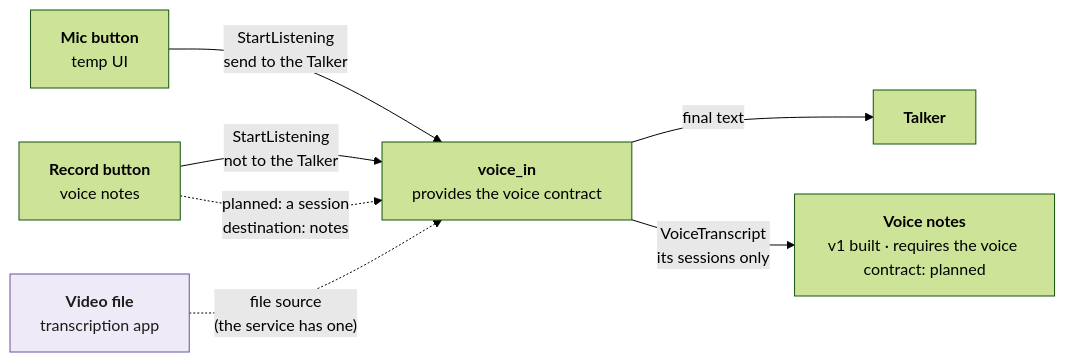
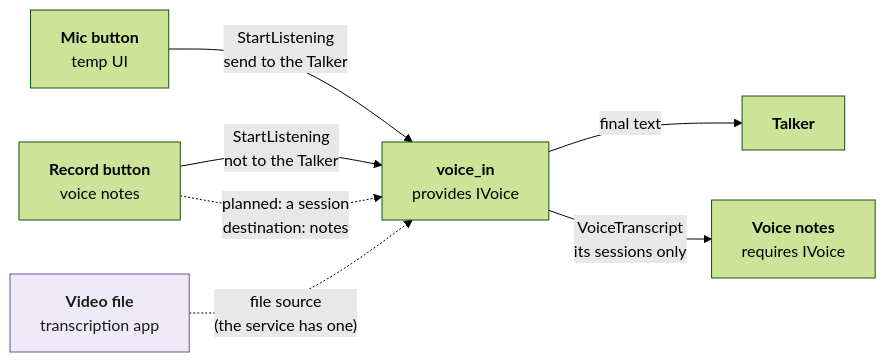
Before and after one commit to sharramon/AI_Assistant: the second of 2 diagrams in docs/architecture/modules.md, drawn with Mermaid (forest theme). The commit also changed other lines of this file and 31 other files, not shown here.

Commit message:
Module system, chunk 6: the voice contract IVoice (voice_in provides, voice_notes requires)

````diff
--- a/docs/architecture/modules.md
+++ b/docs/architecture/modules.md
@@ -116,19 +116,19 @@
 ```mermaid
 flowchart LR
     Btn["<b>Mic button</b><br/>temp UI"]
     Rec["<b>Record button</b><br/>voice notes"]
     Video["<b>Video file</b><br/>transcription app"]
-    Voice["<b>voice_in</b><br/>provides the voice contract"]
+    Voice["<b>voice_in</b><br/>provides IVoice"]
     Talker["<b>Talker</b>"]
-    Notes["<b>Voice notes</b><br/>v1 built · requires the voice contract: planned"]
+    Notes["<b>Voice notes</b><br/>requires IVoice"]
 
     Btn -- "StartListening<br/>send to the Talker" --> Voice
     Voice -- "final text" --> Talker
     Rec -- "StartListening<br/>not to the Talker" --> Voice
     Voice -- "VoiceTranscript<br/>its sessions only" --> Notes
     Rec -. "planned: a session<br/>destination: notes" .-> Voice
     Video -. "file source<br/>(the service has one)" .-> Voice
 
     classDef planned fill:#efeaf7,stroke:#6b4fa0,color:#1d1d1b
     class Video planned
 ```
````
